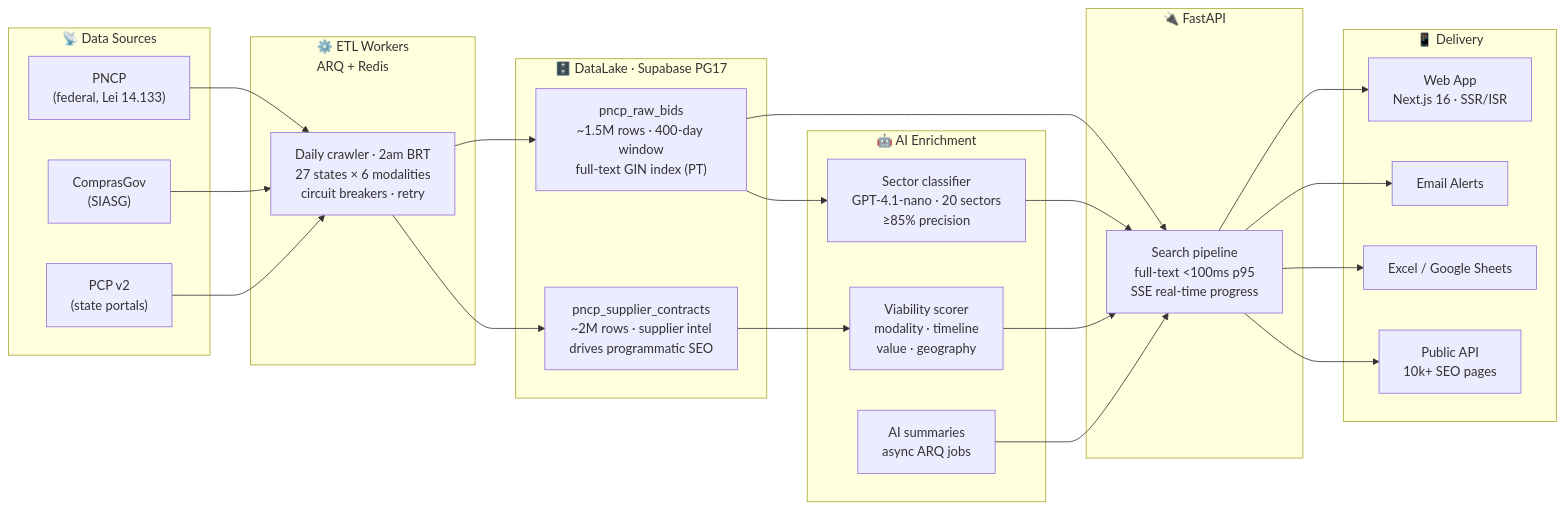
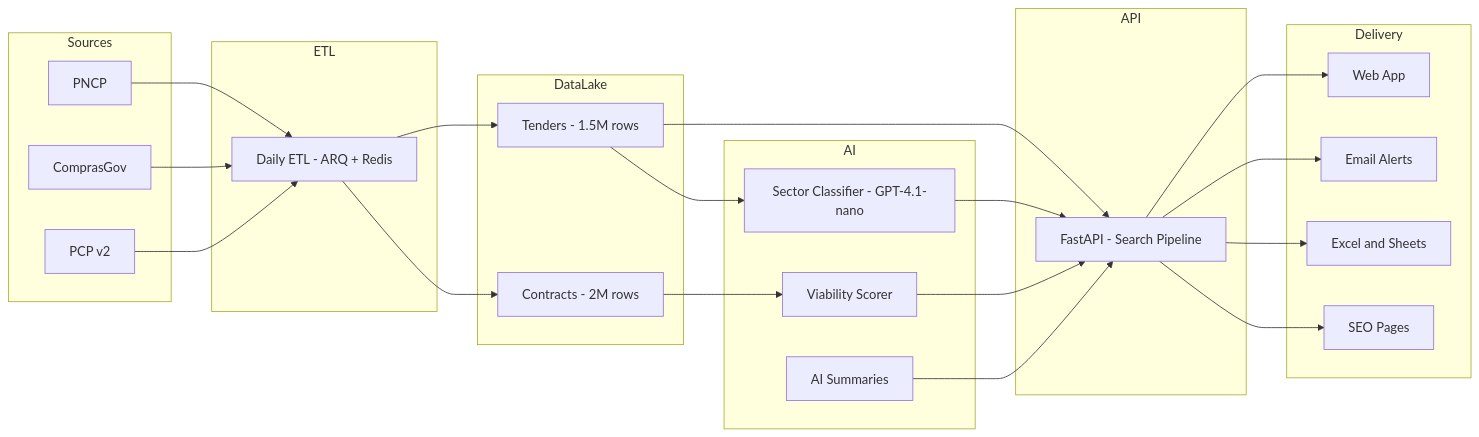
The diagram in README.md (tjsasakifln/smartlic), drawn with Mermaid before and after one commit.

Commit message:
fix(readme): simplify mermaid diagram for GitHub renderer compatibility
Remove emoji, multi-line labels and special chars that break GitHub's
Mermaid parser (Cannot read properties of undefined - render error).

````diff
--- a/README.md
+++ b/README.md
@@ -69,50 +69,50 @@
 ```mermaid
 flowchart LR
-    subgraph src["📡 Data Sources"]
-        A["PNCP\n(federal, Lei 14.133)"]
-        B["ComprasGov\n(SIASG)"]
-        C["PCP v2\n(state portals)"]
+    subgraph Sources
+        A[PNCP]
+        B[ComprasGov]
+        C[PCP v2]
     end
 
-    subgraph etl["⚙️ ETL Workers\nARQ + Redis"]
-        D["Daily crawler · 2am BRT\n27 states × 6 modalities\ncircuit breakers · retry"]
+    subgraph ETL
+        D[Daily ETL - ARQ + Redis]
     end
 
-    subgraph lake["🗄️ DataLake · Supabase PG17"]
-        F["pncp_raw_bids\n~1.5M rows · 400-day window\nfull-text GIN index (PT)"]
-        G["pncp_supplier_contracts\n~2M rows · supplier intel\ndrives programmatic SEO"]
+    subgraph DataLake
+        F[Tenders - 1.5M rows]
+        G[Contracts - 2M rows]
     end
 
-    subgraph ai["🤖 AI Enrichment"]
-        H["Sector classifier\nGPT-4.1-nano · 20 sectors\n≥85% precision"]
-        I["Viability scorer\nmodality · timeline\nvalue · geography"]
-        J["AI summaries\nasync ARQ jobs"]
+    subgraph AI
+        H[Sector Classifier - GPT-4.1-nano]
+        I[Viability Scorer]
+        J[AI Summaries]
     end
 
-    subgraph api["🔌 FastAPI"]
-        K["Search pipeline\nfull-text <100ms p95\nSSE real-time progress"]
+    subgraph API
+        K[FastAPI - Search Pipeline]
     end
 
-    subgraph delivery["📱 Delivery"]
-        L["Web App\nNext.js 16 · SSR/ISR"]
-        M["Email Alerts"]
-        N["Excel / Google Sheets"]
-        O["Public API\n10k+ SEO pages"]
+    subgraph Delivery
+        L[Web App]
+        M[Email Alerts]
+        N[Excel and Sheets]
+        O[SEO Pages]
     end
 
     A --> D
     B --> D
     C --> D
     D --> F
     D --> G
     F --> H
     F --> K
     G --> I
     H --> K
     I --> K
     J --> K
     K --> L
     K --> M
     K --> N
     K --> O
 ```
````
